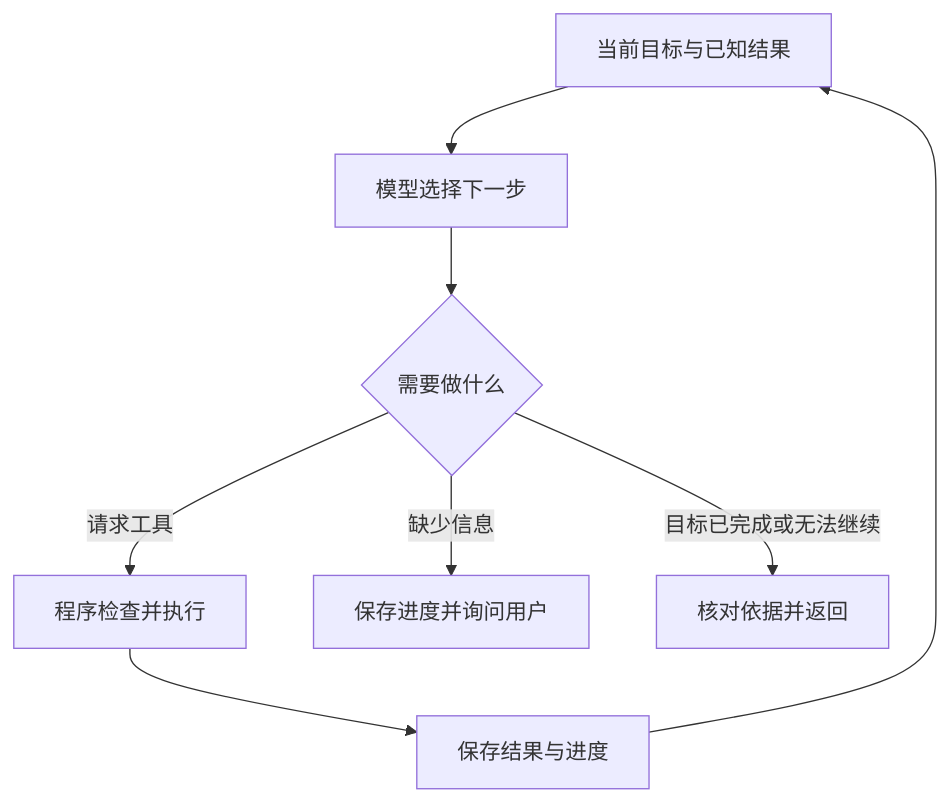
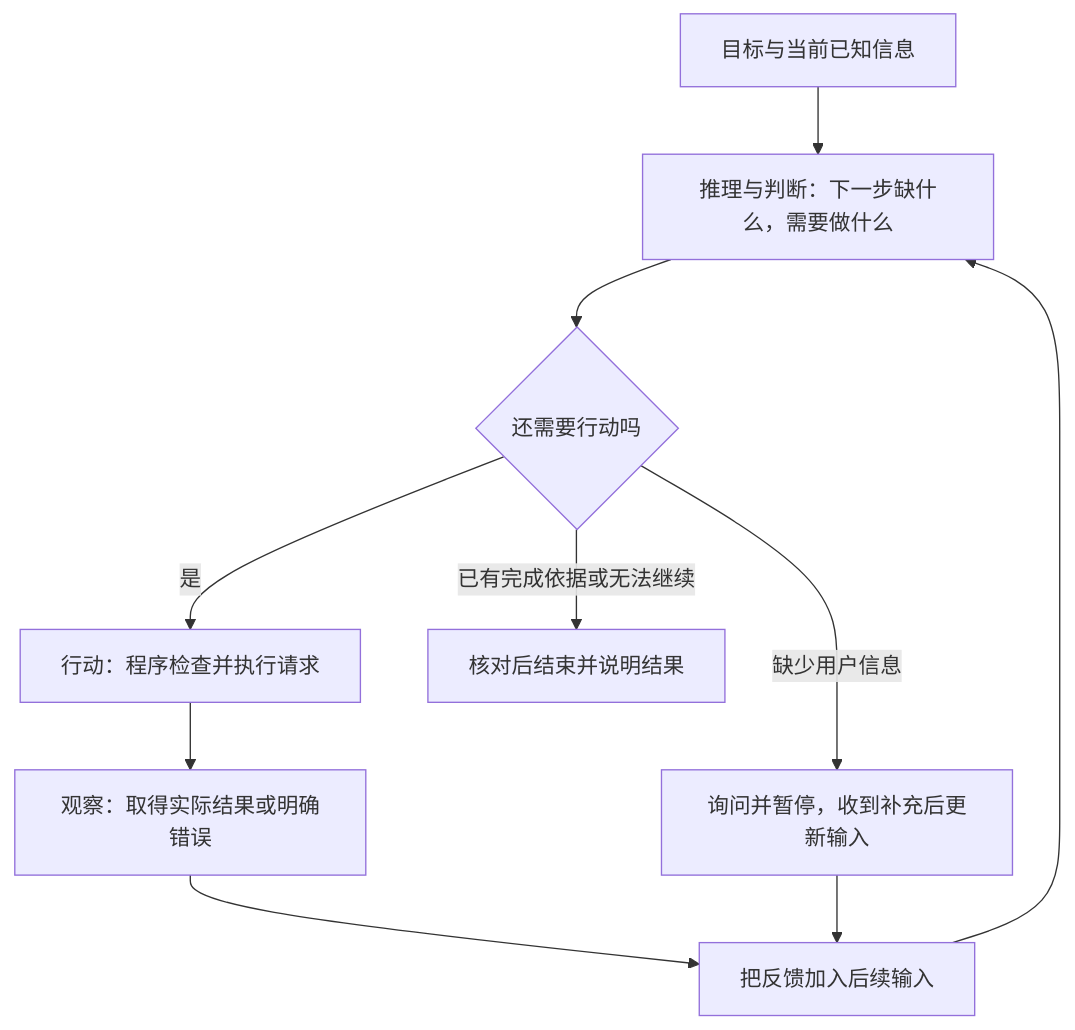
Before and after one commit to benx92/ai-learning-notes: the fourth of 5 diagrams in 17-Agent入门让模型自己规划并使用工具.md, drawn with Mermaid. The commit also changed other lines of this file and 76 other files, not shown here.

````diff
--- a/17-Agent入门让模型自己规划并使用工具.md
+++ b/17-Agent入门让模型自己规划并使用工具.md
@@ -151,10 +188,12 @@
 ```mermaid
 flowchart TD
-    A[当前目标与已知结果] --> B[模型选择下一步]
-    B --> C{需要做什么}
-    C -->|请求工具| D[程序检查并执行]
-    D --> E[保存结果与进度]
-    E --> A
-    C -->|缺少信息| F[保存进度并询问用户]
-    C -->|目标已完成或无法继续| G[核对依据并返回]
+    A[目标与当前已知信息] --> R[推理与判断：下一步缺什么，需要做什么]
+    R --> D{还需要行动吗}
+    D -->|是| X[行动：程序检查并执行请求]
+    X --> O[观察：取得实际结果或明确错误]
+    O --> U[把反馈加入后续输入]
+    U --> R
+    D -->|缺少用户信息| W[询问并暂停，收到补充后更新输入]
+    W --> U
+    D -->|已有完成依据或无法继续| F[核对后结束并说明结果]
 ```
````
